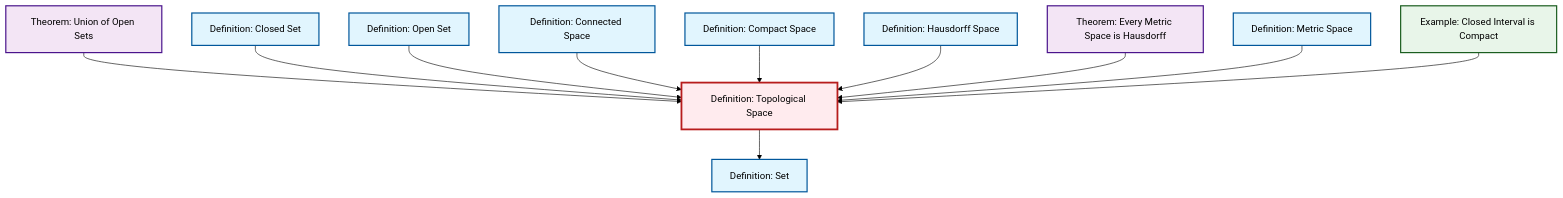
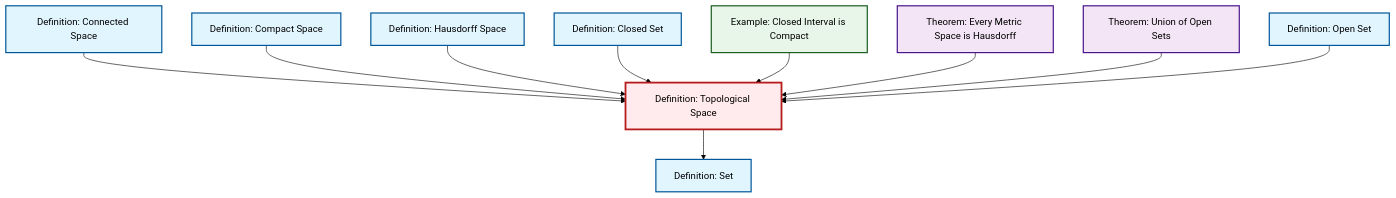
Before and after one commit to RK0429/ModernMath: the diagram in content/en/topology/def-topological-space.qmd, drawn with Mermaid (forest theme). The commit also changed 511 other files, not shown here.

````diff
--- a/content/en/topology/def-topological-space.qmd
+++ b/content/en/topology/def-topological-space.qmd
@@ -59,42 +59,29 @@
 ```{mermaid}
 %%| fig-cap: "Local dependency graph"
 graph TD
     classDef definition fill:#e1f5fe,stroke:#01579b,stroke-width:2px
     classDef theorem fill:#f3e5f5,stroke:#4a148c,stroke-width:2px
     classDef axiom fill:#fff3e0,stroke:#e65100,stroke-width:2px
     classDef example fill:#e8f5e9,stroke:#1b5e20,stroke-width:2px
     classDef current fill:#ffebee,stroke:#b71c1c,stroke-width:3px
     def-topological-space["Definition: Topological Space"]:::definition
-    def-closed-set["Definition: Closed Set"]:::definition
+    thm-metric-hausdorff["Theorem: Every Metric Space is Hausdorff"]:::theorem
+    def-connected["Definition: Connected Space"]:::definition
+    def-compact["Definition: Compact Space"]:::definition
     def-open-set["Definition: Open Set"]:::definition
+    thm-union-open-sets["Theorem: Union of Open Sets"]:::theorem
+    def-hausdorff["Definition: Hausdorff Space"]:::definition
     ex-closed-interval-compact["Example: Closed Interval is Compact"]:::example
     def-set["Definition: Set"]:::definition
-    thm-metric-hausdorff["Theorem: Every Metric Space is Hausdorff"]:::theorem
-    def-hausdorff["Definition: Hausdorff Space"]:::definition
-    thm-union-open-sets["Theorem: Union of Open Sets"]:::theorem
-    def-connected["Definition: Connected Space"]:::definition
-    def-compact["Definition: Compact Space"]:::definition
-    def-metric-space["Definition: Metric Space"]:::definition
-    thm-union-open-sets --> def-topological-space
-    def-closed-set --> def-topological-space
-    def-open-set --> def-topological-space
+    def-closed-set["Definition: Closed Set"]:::definition
     def-connected --> def-topological-space
     def-compact --> def-topological-space
     def-hausdorff --> def-topological-space
+    def-closed-set --> def-topological-space
+    ex-closed-interval-compact --> def-topological-space
+    def-topological-space --> def-set
     thm-metric-hausdorff --> def-topological-space
-    def-topological-space --> def-set
-    def-metric-space --> def-topological-space
-    ex-closed-interval-compact --> def-topological-space
+    thm-union-open-sets --> def-topological-space
+    def-open-set --> def-topological-space
     class def-topological-space current
-
-    click def-closed-set "def-closed-set.html" "Go to Closed Set definition"
-    click def-open-set "def-open-set.html" "Go to Open Set definition"
-    click ex-closed-interval-compact "ex-closed-interval-compact.html" "Go to Closed Interval is Compact example"
-    click def-set "def-set.html" "Go to Set definition"
-    click thm-metric-hausdorff "thm-metric-hausdorff.html" "Go to Every Metric Space is Hausdorff theorem"
-    click def-hausdorff "def-hausdorff.html" "Go to Hausdorff Space definition"
-    click thm-union-open-sets "thm-union-open-sets.html" "Go to Union of Open Sets theorem"
-    click def-connected "def-connected.html" "Go to Connected Space definition"
-    click def-compact "def-compact.html" "Go to Compact Space definition"
-    click def-metric-space "def-metric-space.html" "Go to Metric Space definition"
 ```
````
